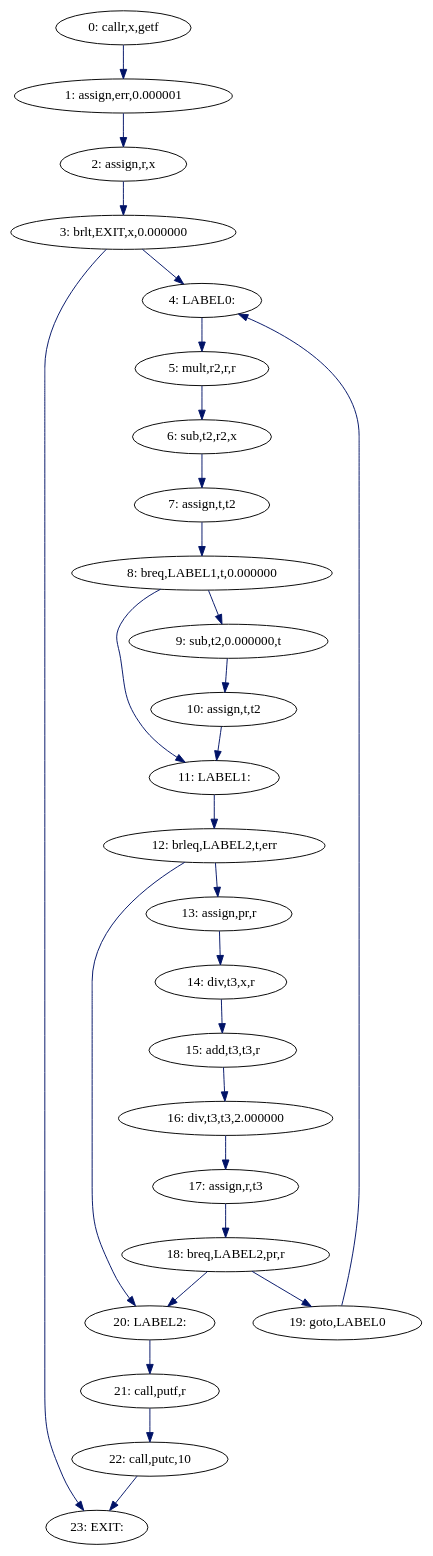
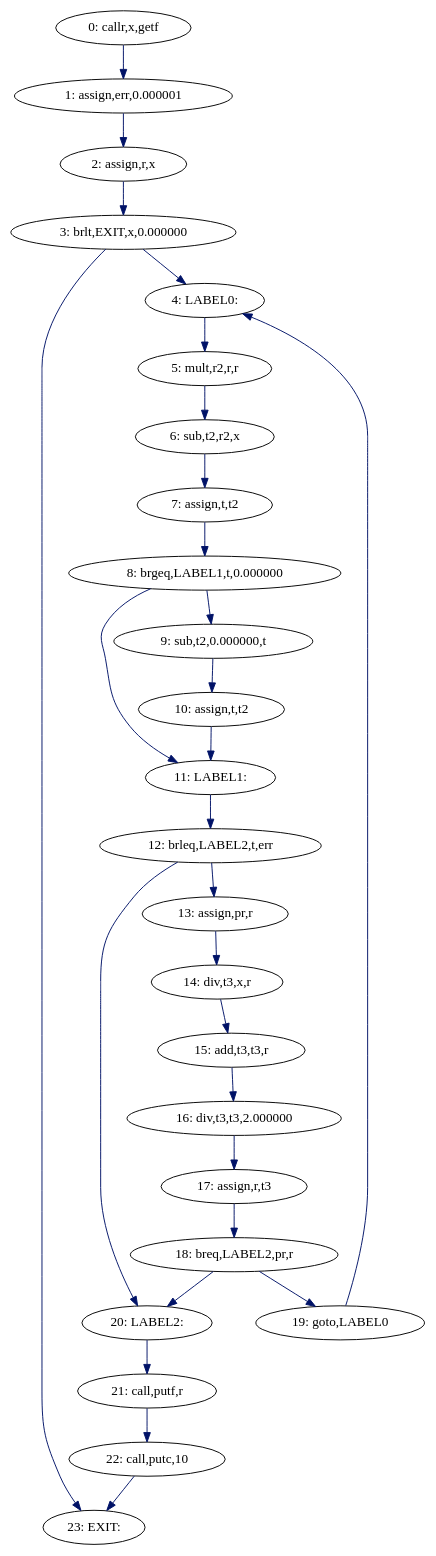
The diagram in new.dot (Peter-Feng-32/Tiger-IR-Middle-End), drawn with Graphviz before and after one commit. The commit also changed 3 other files, not shown here.

```diff
--- a/new.dot
+++ b/new.dot
@@ -1,57 +1,58 @@
 digraph G {
   "23: EXIT:";
   "4: LABEL0:";
   "11: LABEL1:";
   "20: LABEL2:";
   "1: assign,err,0.000001";
   "13: assign,pr,r";
   "17: assign,r,t3";
   "2: assign,r,x";
   "7: assign,t,t2";
   "10: assign,t,t2";
   "15: add,t3,t3,r";
   "9: sub,t2,0.000000,t";
   "6: sub,t2,r2,x";
   "5: mult,r2,r,r";
   "16: div,t3,t3,2.000000";
   "14: div,t3,x,r";
   "19: goto,LABEL0";
   "18: breq,LABEL2,pr,r";
   "3: brlt,EXIT,x,0.000000";
-  "8: breq,LABEL1,t,0.000000";
+  "8: brgeq,LABEL1,t,0.000000";
   "12: brleq,LABEL2,t,err";
   "22: call,putc,10";
   "21: call,putf,r";
   "0: callr,x,getf";
   
   
   "4: LABEL0:" -> "5: mult,r2,r,r" [color="#001267", label="", ];
   "11: LABEL1:" -> "12: brleq,LABEL2,t,err" [color="#001267", label="", ];
   "20: LABEL2:" -> "21: call,putf,r" [color="#001267", label="", ];
   "1: assign,err,0.000001" -> "2: assign,r,x" [color="#001267", label="", ];
   "13: assign,pr,r" -> "14: div,t3,x,r" [color="#001267", label="", ];
   "17: assign,r,t3" -> "18: breq,LABEL2,pr,r" [color="#001267", label="", ];
   "2: assign,r,x" -> "3: brlt,EXIT,x,0.000000" [color="#001267", label="", ];
-  "7: assign,t,t2" -> "8: breq,LABEL1,t,0.000000" [color="#001267", label="", ];
+  "7: assign,t,t2" -> "8: brgeq,LABEL1,t,0.000000" [color="#001267",
+                                                    label="", ];
   "10: assign,t,t2" -> "11: LABEL1:" [color="#001267", label="", ];
   "15: add,t3,t3,r" -> "16: div,t3,t3,2.000000" [color="#001267", label="", ];
   "9: sub,t2,0.000000,t" -> "10: assign,t,t2" [color="#001267", label="", ];
   "6: sub,t2,r2,x" -> "7: assign,t,t2" [color="#001267", label="", ];
   "5: mult,r2,r,r" -> "6: sub,t2,r2,x" [color="#001267", label="", ];
   "16: div,t3,t3,2.000000" -> "17: assign,r,t3" [color="#001267", label="", ];
   "14: div,t3,x,r" -> "15: add,t3,t3,r" [color="#001267", label="", ];
   "19: goto,LABEL0" -> "4: LABEL0:" [color="#001267", label="", ];
   "18: breq,LABEL2,pr,r" -> "20: LABEL2:" [color="#001267", label="", ];
   "18: breq,LABEL2,pr,r" -> "19: goto,LABEL0" [color="#001267", label="", ];
   "3: brlt,EXIT,x,0.000000" -> "23: EXIT:" [color="#001267", label="", ];
   "3: brlt,EXIT,x,0.000000" -> "4: LABEL0:" [color="#001267", label="", ];
-  "8: breq,LABEL1,t,0.000000" -> "11: LABEL1:" [color="#001267", label="", ];
-  "8: breq,LABEL1,t,0.000000" -> "9: sub,t2,0.000000,t" [color="#001267",
-                                                         label="", ];
+  "8: brgeq,LABEL1,t,0.000000" -> "11: LABEL1:" [color="#001267", label="", ];
+  "8: brgeq,LABEL1,t,0.000000" -> "9: sub,t2,0.000000,t" [color="#001267",
+                                                          label="", ];
   "12: brleq,LABEL2,t,err" -> "20: LABEL2:" [color="#001267", label="", ];
   "12: brleq,LABEL2,t,err" -> "13: assign,pr,r" [color="#001267", label="", ];
   "22: call,putc,10" -> "23: EXIT:" [color="#001267", label="", ];
   "21: call,putf,r" -> "22: call,putc,10" [color="#001267", label="", ];
   "0: callr,x,getf" -> "1: assign,err,0.000001" [color="#001267", label="", ];
   
   }
```
